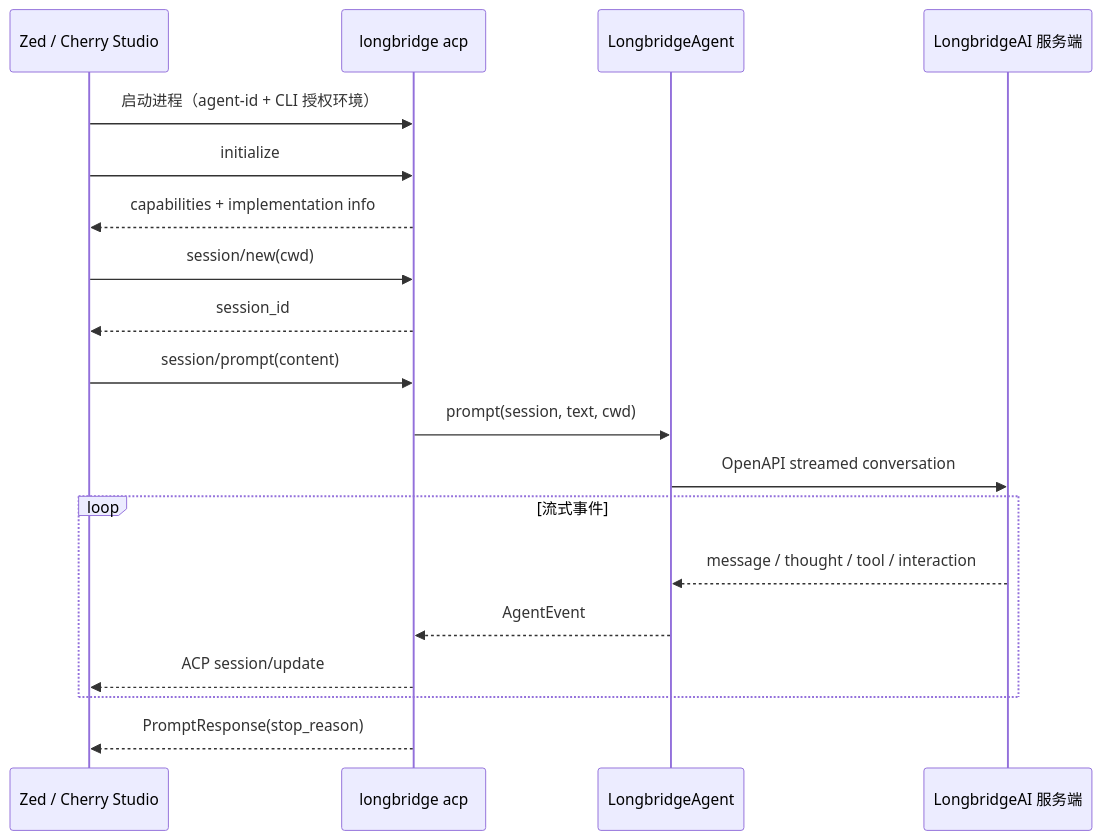
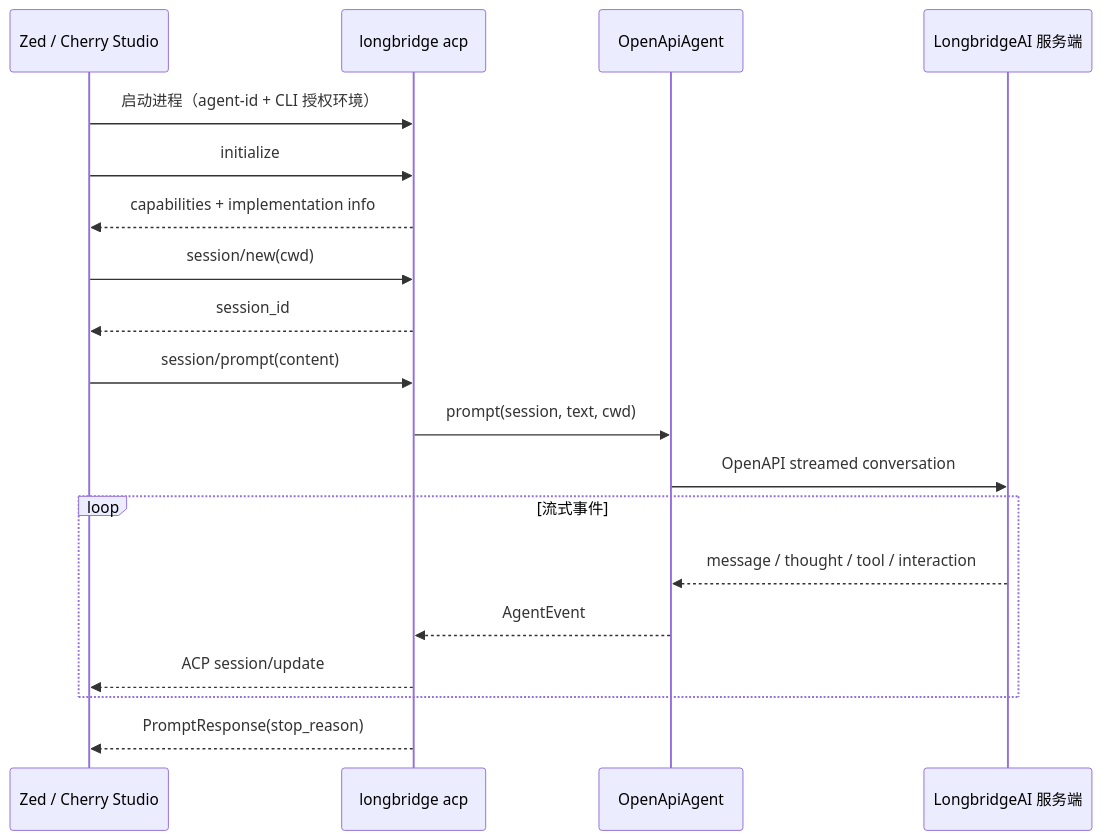
The second of 4 diagrams in docs/architecture/acp-integration.md (longbridge/longbridge-terminal), drawn with Mermaid before and after one commit. The commit also changed other lines of this file and 15 other files, not shown here.

````diff
--- a/docs/architecture/acp-integration.md
+++ b/docs/architecture/acp-integration.md
@@ -163,22 +167,22 @@
 ```mermaid
 sequenceDiagram
     participant C as Zed / Cherry Studio
     participant CLI as longbridge acp
-    participant B as LongbridgeAgent
+    participant B as OpenApiAgent
     participant S as LongbridgeAI 服务端
 
     C->>CLI: 启动进程（agent-id + CLI 授权环境）
     C->>CLI: initialize
     CLI-->>C: capabilities + implementation info
     C->>CLI: session/new(cwd)
     CLI-->>C: session_id
     C->>CLI: session/prompt(content)
     CLI->>B: prompt(session, text, cwd)
     B->>S: OpenAPI streamed conversation
     loop 流式事件
         S-->>B: message / thought / tool / interaction
         B-->>CLI: AgentEvent
         CLI-->>C: ACP session/update
     end
     CLI-->>C: PromptResponse(stop_reason)
 ```
````
